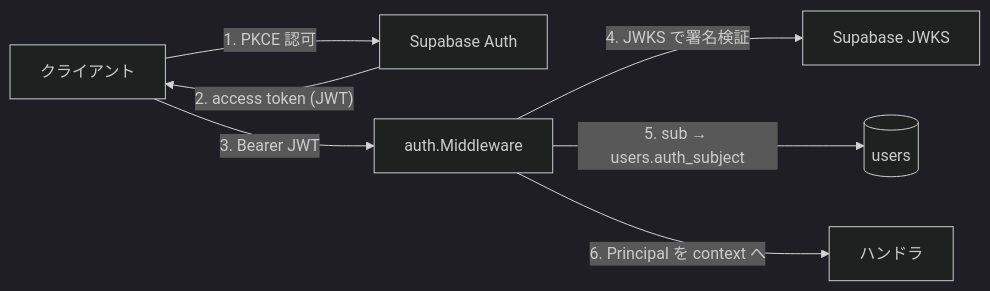
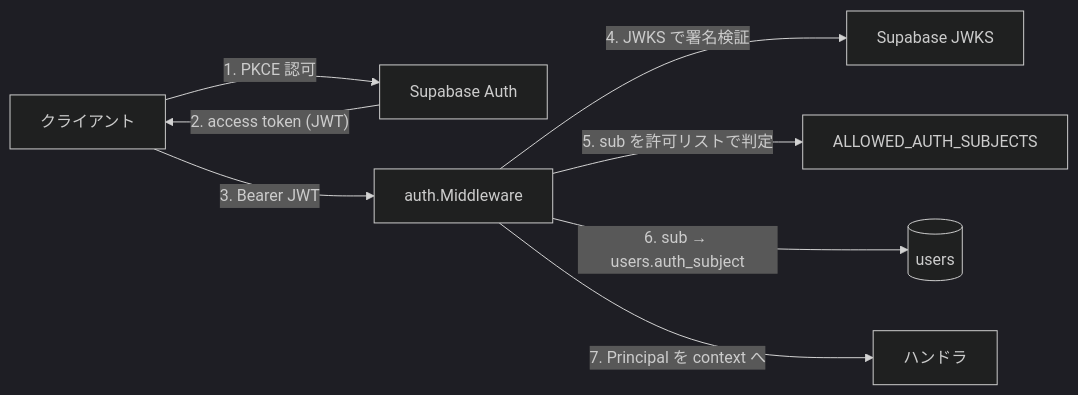
Before and after one commit to sudabon/PostAll: the third of 5 diagrams in ARCHITECTURE.md, drawn with Mermaid (dark theme). The commit also changed other lines of this file and 66 other files, not shown here.

````diff
--- a/ARCHITECTURE.md
+++ b/ARCHITECTURE.md
@@ -114,9 +114,10 @@
 ```mermaid
 flowchart LR
     c["クライアント"] -- "1. PKCE 認可" --> auth["Supabase Auth"]
     auth -- "2. access token (JWT)" --> c
     c -- "3. Bearer JWT" --> mw["auth.Middleware"]
     mw -- "4. JWKS で署名検証" --> jwks["Supabase JWKS"]
-    mw -- "5. sub → users.auth_subject" --> db[("users")]
-    mw -- "6. Principal を context へ" --> h["ハンドラ"]
+    mw -- "5. sub を許可リストで判定" --> allow["ALLOWED_AUTH_SUBJECTS"]
+    mw -- "6. sub → users.auth_subject" --> db[("users")]
+    mw -- "7. Principal を context へ" --> h["ハンドラ"]
 ```
````
